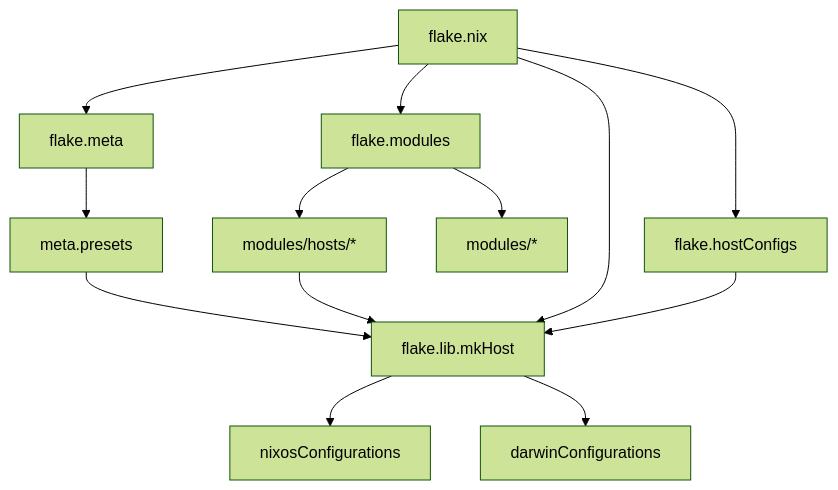
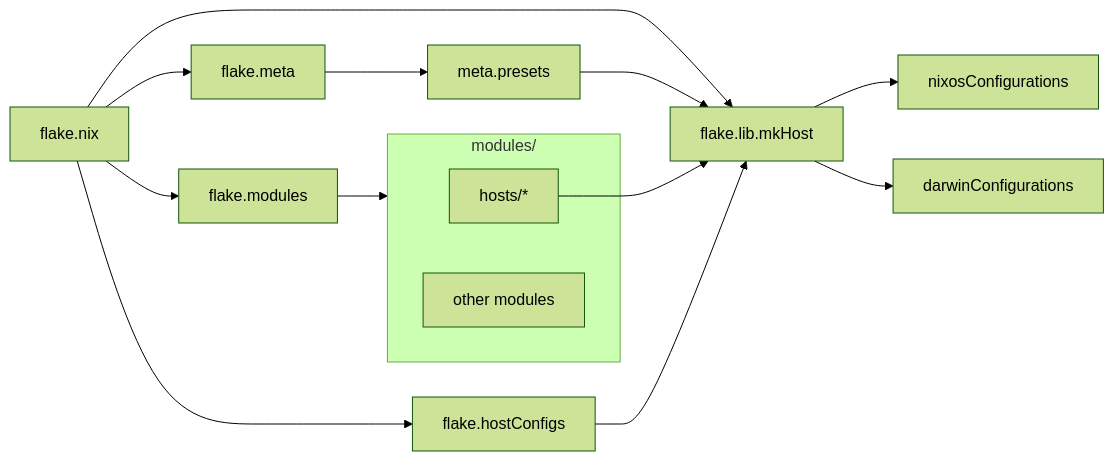
Before and after one commit to fbosch/nixos: the first of 2 diagrams in README.md, drawn with Mermaid (forest theme). The commit also changed other lines of this file, not shown here.

````diff
--- a/README.md
+++ b/README.md
@@ -32,33 +32,29 @@
 ```mermaid
-flowchart TD
+flowchart LR
   flake[flake.nix]
-
   meta[flake.meta]
   modules[flake.modules]
   lib[flake.lib.mkHost]
   hostConfigs[flake.hostConfigs]
-
-  hosts[modules/hosts/*]
-  moduleTree[modules/*]
-
   presets[meta.presets]
 
-  nixosConfigs[nixosConfigurations]
-  darwinConfigs[darwinConfigurations]
+  subgraph moduleTree[modules/]
+    hosts[hosts/*]
+    moduleset[other modules]
+  end
 
   flake --> meta
   flake --> modules
   flake --> lib
   flake --> hostConfigs
 
-  modules --> hosts
-  modules --> moduleTree
-
   meta --> presets
   presets --> lib
+
+  modules --> moduleTree
+  hosts --> lib
   hostConfigs --> lib
-  hosts --> lib
 
-  lib --> nixosConfigs
-  lib --> darwinConfigs
+  lib --> nixosConfigs[nixosConfigurations]
+  lib --> darwinConfigs[darwinConfigurations]
 ```
````
